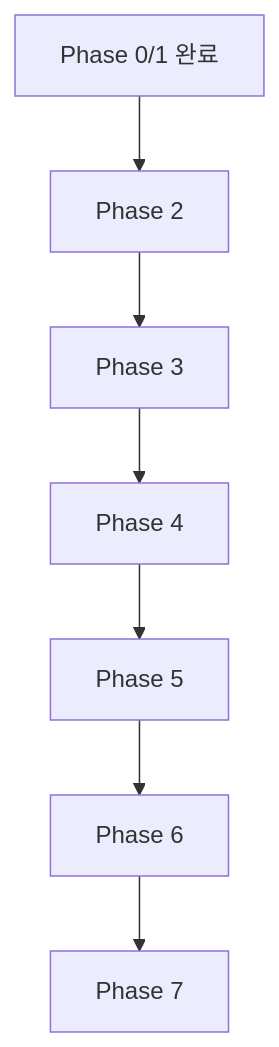
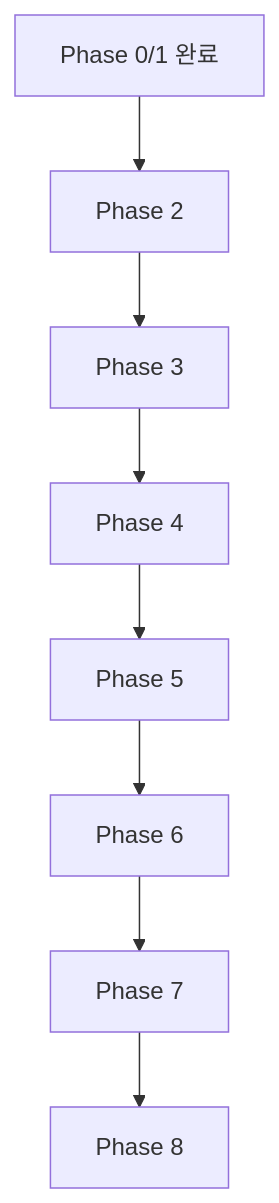
One commit to jedikim/web-testing changed the diagram in doc/CODEX-IMPLEMENTATION-PLAN.md. Above: the diagram before and after it, drawn with Mermaid. The commit also changed other lines of this file and 28 other files, not shown here.

````diff
--- a/doc/CODEX-IMPLEMENTATION-PLAN.md
+++ b/doc/CODEX-IMPLEMENTATION-PLAN.md
@@ -216,9 +244,10 @@
 ```mermaid
 flowchart TD
     A["Phase 0/1 완료"] --> B["Phase 2"]
     B --> C["Phase 3"]
     C --> D["Phase 4"]
     D --> E["Phase 5"]
     E --> F["Phase 6"]
     F --> G["Phase 7"]
+    G --> H["Phase 8"]
 ```
````
